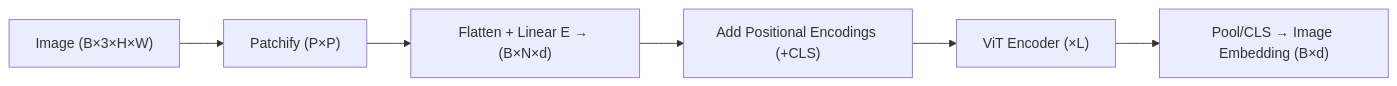
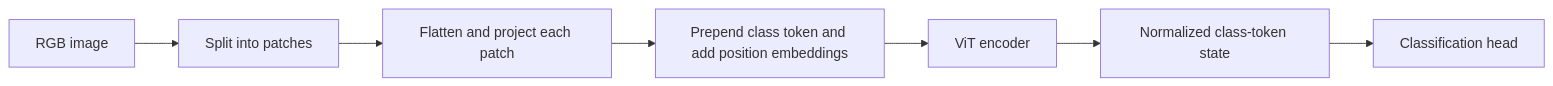
One commit to aarnphm/aarnphm.github.io changed the second of 2 diagrams in content/thoughts/Embedding.md. Above: the diagram before and after it, drawn with Mermaid. The commit also changed other lines of this file and 3 other files, not shown here.

````diff
--- a/content/thoughts/Embedding.md
+++ b/content/thoughts/Embedding.md
@@ -95,8 +113,9 @@
 ```mermaid
 flowchart LR
-  A["Image (B×3×H×W)"] --> B["Patchify (P×P)"]
-  B --> C["Flatten + Linear E → (B×N×d)"]
-  C --> D["Add Positional Encodings (+CLS)"]
-  D --> E["ViT Encoder (×L)"]
-  E --> F["Pool/CLS → Image Embedding (B×d)"]
+  A["RGB image"] --> B["Split into patches"]
+  B --> C["Flatten and project each patch"]
+  C --> D["Prepend class token and add position embeddings"]
+  D --> E["ViT encoder"]
+  E --> F["Normalized class-token state"]
+  F --> G["Classification head"]
 ```
````
